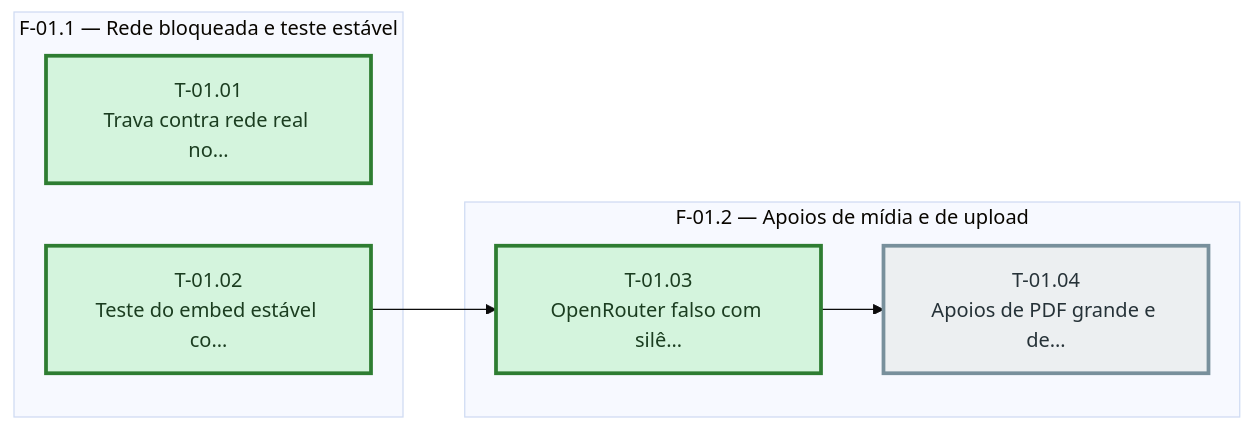
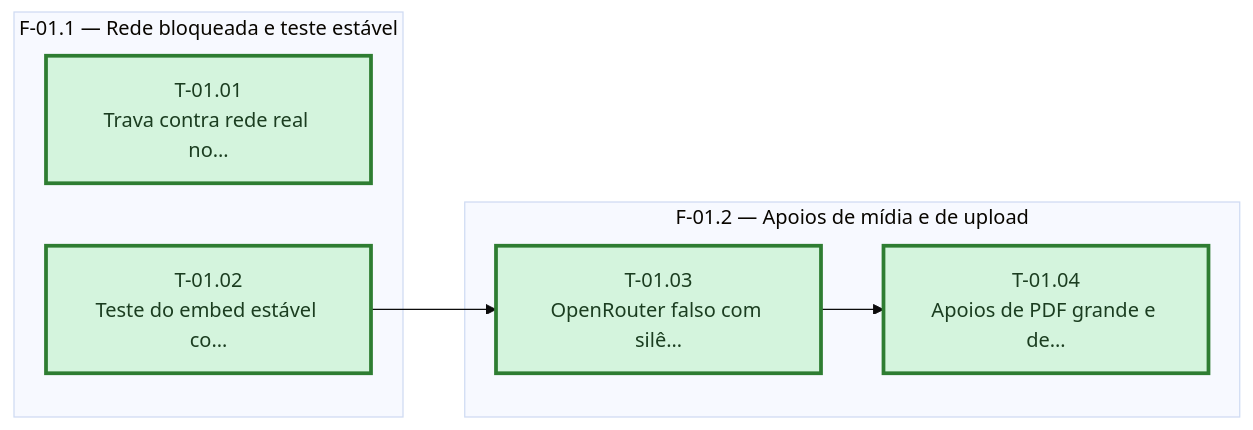
The diagram in docs/robustez-de-midia-e-operacao/sprint-01/fases.md (bittencourtthulio/converse-chatbot), drawn with Mermaid (base theme) before and after one commit. The commit also changed 5 other files, not shown here.

````diff
--- a/docs/robustez-de-midia-e-operacao/sprint-01/fases.md
+++ b/docs/robustez-de-midia-e-operacao/sprint-01/fases.md
@@ -31,26 +31,26 @@
 ```mermaid
 %% Grafo de tasks — sprint-01 — gerado pela sprintx a partir de tasks.md
 flowchart LR
   subgraph fase_01_1["F-01.1 — Rede bloqueada e teste estável"]
     T_01_01["T-01.01<br/>Trava contra rede real no…"]
     T_01_02["T-01.02<br/>Teste do embed estável co…"]
   end
   subgraph fase_01_2["F-01.2 — Apoios de mídia e de upload"]
     T_01_03["T-01.03<br/>OpenRouter falso com silê…"]
     T_01_04["T-01.04<br/>Apoios de PDF grande e de…"]
   end
   T_01_02 --> T_01_03
   T_01_03 --> T_01_04
 
   classDef concluida fill:#d4f4dd,stroke:#2e7d32,color:#1b3d20
   classDef andamento fill:#fff3cd,stroke:#b8860b,color:#4a3800
   classDef bloqueada fill:#f8d7da,stroke:#c62828,color:#4a1d1f
   classDef pendente  fill:#eceff1,stroke:#78909c,color:#263238
   classDef critico   stroke-width:3px
 
-  class T_01_04 pendente
   class T_01_01 concluida
   class T_01_02 concluida
   class T_01_03 concluida
+  class T_01_04 concluida
   class T_01_01,T_01_02,T_01_03,T_01_04 critico
 ```
````
